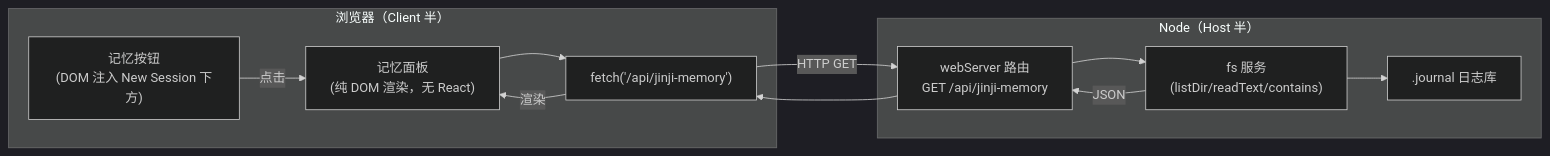
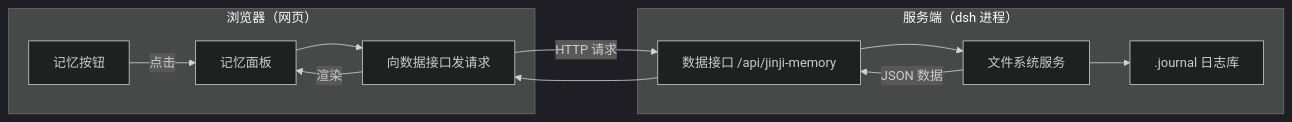
Before and after one commit to quan2005/dsh-plugin-jinji: the first of 2 diagrams in docs/architecture.md, drawn with Mermaid (dark theme). The commit also changed other lines of this file and 9 other files, not shown here.

````diff
--- a/docs/architecture.md
+++ b/docs/architecture.md
@@ -23,16 +30,16 @@
 ```mermaid
 flowchart LR
-    subgraph Browser["浏览器（Client 半）"]
-        NAV["记忆按钮<br/>(DOM 注入 New Session 下方)"]
-        PANEL["记忆面板<br/>(纯 DOM 渲染，无 React)"]
-        FETCH["fetch('/api/jinji-memory')"]
+    subgraph Browser["浏览器（网页）"]
+        NAV["记忆按钮"]
+        PANEL["记忆面板"]
+        FETCH["向数据接口发请求"]
     end
-    subgraph Node["Node（Host 半）"]
-        ROUTE["webServer 路由<br/>GET /api/jinji-memory"]
-        FS["fs 服务<br/>(listDir/readText/contains)"]
+    subgraph Node["服务端（dsh 进程）"]
+        ROUTE["数据接口 /api/jinji-memory"]
+        FS["文件系统服务"]
         JOURNAL[".journal 日志库"]
     end
     NAV -->|点击| PANEL
-    PANEL --> FETCH -->|HTTP GET| ROUTE --> FS --> JOURNAL
-    FS -->|JSON| ROUTE --> FETCH -->|渲染| PANEL
+    PANEL --> FETCH -->|HTTP 请求| ROUTE --> FS --> JOURNAL
+    FS -->|JSON 数据| ROUTE --> FETCH -->|渲染| PANEL
 ```
````
